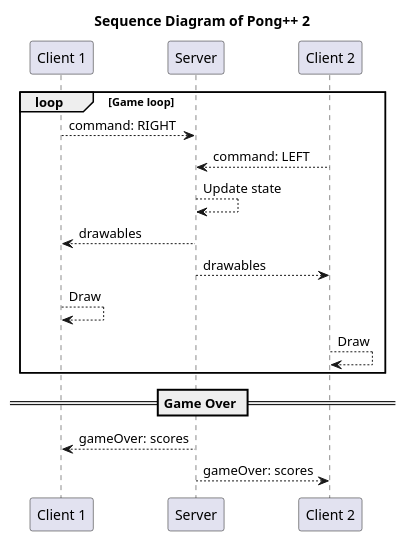
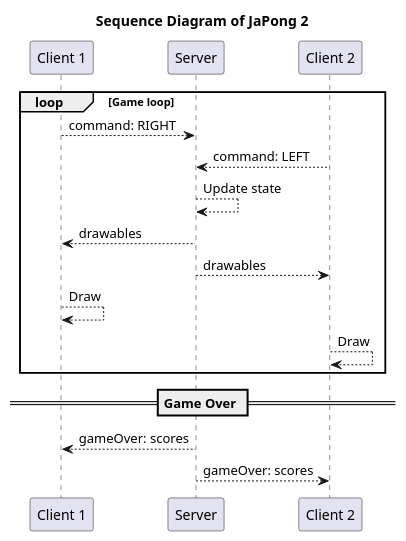
One commit to uztbt/pong changed the diagram in document/uml/sequence2.plantuml. Above: the diagram before and after it, drawn with PlantUML. The commit also changed 9 other files, not shown here.

```diff
--- a/document/uml/sequence2.plantuml
+++ b/document/uml/sequence2.plantuml
@@ -1,25 +1,25 @@
 @startuml
 
-title "Sequence Diagram of Pong++ 2"
+title "Sequence Diagram of JaPong 2"
 
 participant "Client 1" as Client1
 participant Server
 participant "Client 2" as Client2
 
 loop Game loop
 Client1 --> Server: command: RIGHT
 Client2 --> Server: command: LEFT
 Server --> Server: Update state
 Server --> Client1: drawables
 Server --> Client2: drawables
 Client1 --> Client1: Draw
 Client2 --> Client2: Draw
 end
 
 == Game Over ==
 
 Server --> Client1: gameOver: scores
 Server --> Client2: gameOver: scores
 
 
 @enduml
```
